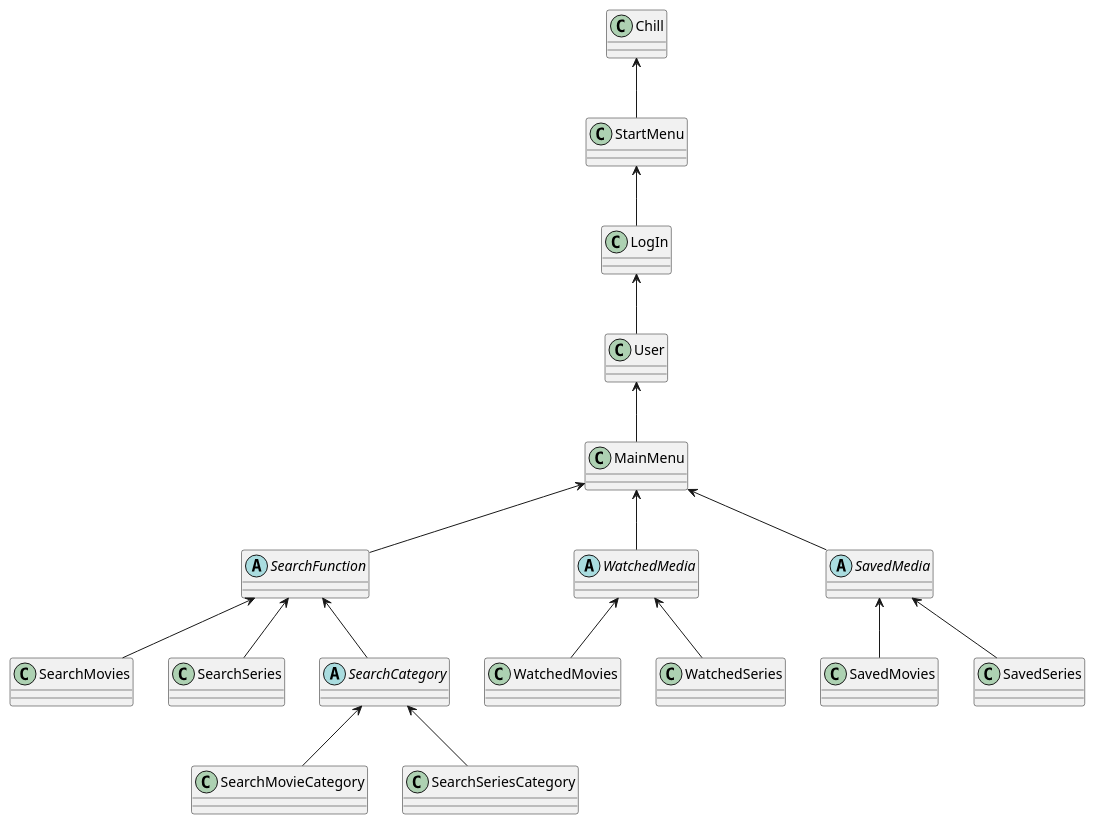
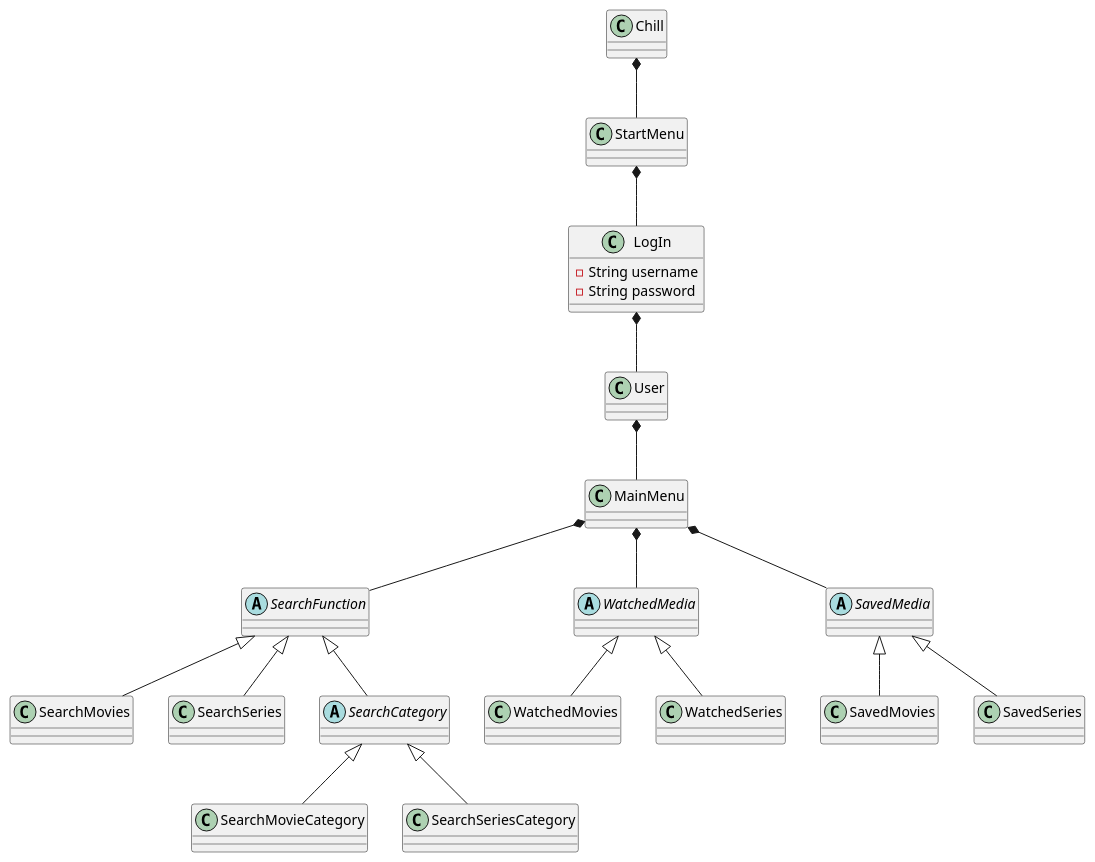
Before and after one commit to KnogleMau/SP3---Streamingtjeneste: the diagram in SP3/.idea/KlasseDiagram.puml, drawn with PlantUML.

Commit message:
Updated Klassediagram

```diff
--- a/SP3/.idea/KlasseDiagram.puml
+++ b/SP3/.idea/KlasseDiagram.puml
@@ -1,43 +1,52 @@
 @startuml
 'https://plantuml.com/class-diagram
 
 Class Chill
 Class StartMenu
-Class LogIn
+Class LogIn{
+-String username
+-String password
+}
+
 Class User
-Class MainMenu
+Class MainMenu{
+
+}
 Abstract SearchFunction
 Abstract WatchedMedia
 Abstract SavedMedia
 Class SearchMovies
 Class SearchSeries
 Abstract SearchCategory
 Class SearchMovieCategory
 Class SearchSeriesCategory
 Class WatchedMovies
 Class WatchedSeries
 Class SavedMovies
 Class SavedSeries
 
-Chill <-- StartMenu
-StartMenu <-- LogIn
-LogIn <-- User
-User <-- MainMenu
+Chill *-- StartMenu
+StartMenu *-- LogIn
+LogIn *-- User
+User *-- MainMenu
 
-MainMenu <-- SearchFunction
-MainMenu <-- WatchedMedia
-MainMenu <-- SavedMedia
+MainMenu *-- SearchFunction
+MainMenu *-- WatchedMedia
+MainMenu *-- SavedMedia
 
-SearchFunction <-- SearchMovies
-SearchCategory <-- SearchMovieCategory
-SearchFunction <-- SearchCategory
+SearchFunction <|-- SearchMovies
+SearchCategory <|-- SearchMovieCategory
+SearchFunction <|-- SearchCategory
+SearchFunction <|-- SearchSeries
+SearchCategory <|-- SearchSeriesCategory
+
+WatchedMedia <|-- WatchedMovies
+WatchedMedia <|-- WatchedSeries
+
+SavedMedia <|-- SavedMovies
+SavedMedia <|-- SavedSeries
 
 
-WatchedMedia <-- WatchedMovies
-SavedMedia <-- SavedMovies
-SearchFunction <-- SearchSeries
-SearchCategory <-- SearchSeriesCategory
-WatchedMedia <-- WatchedSeries
-SavedMedia <-- SavedSeries
+
 
 @enduml
```
